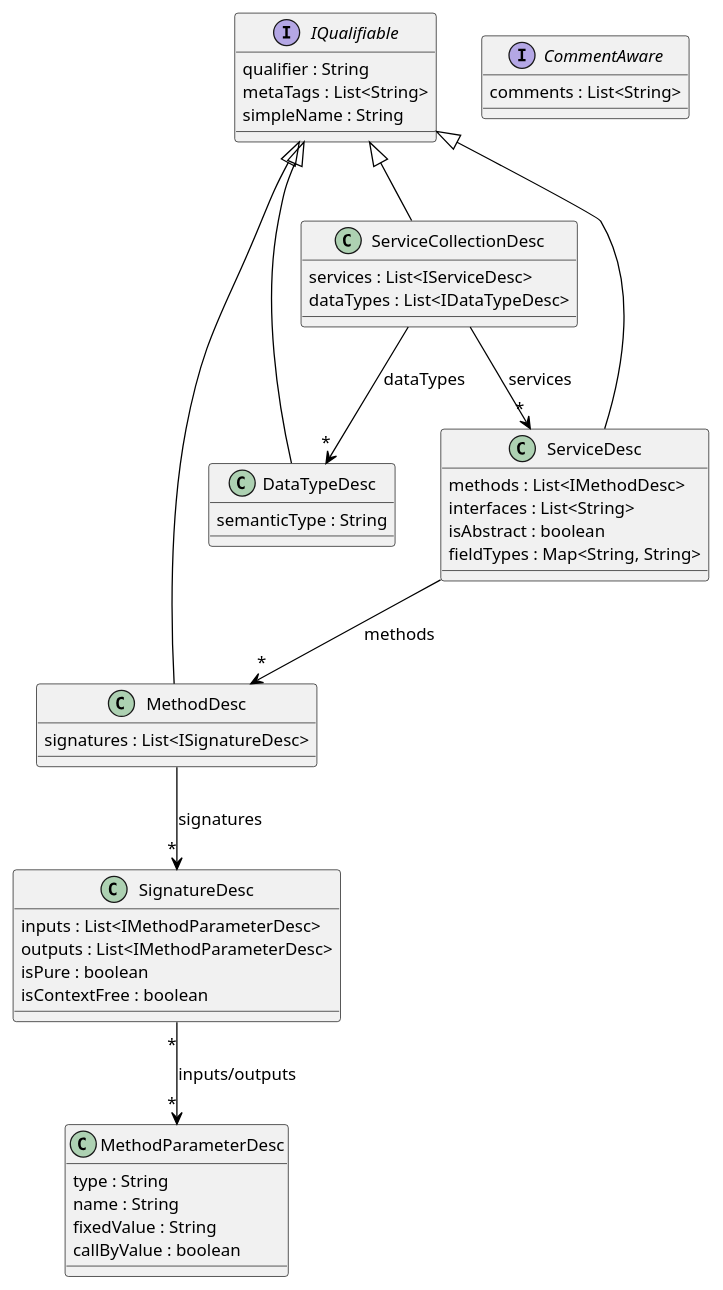
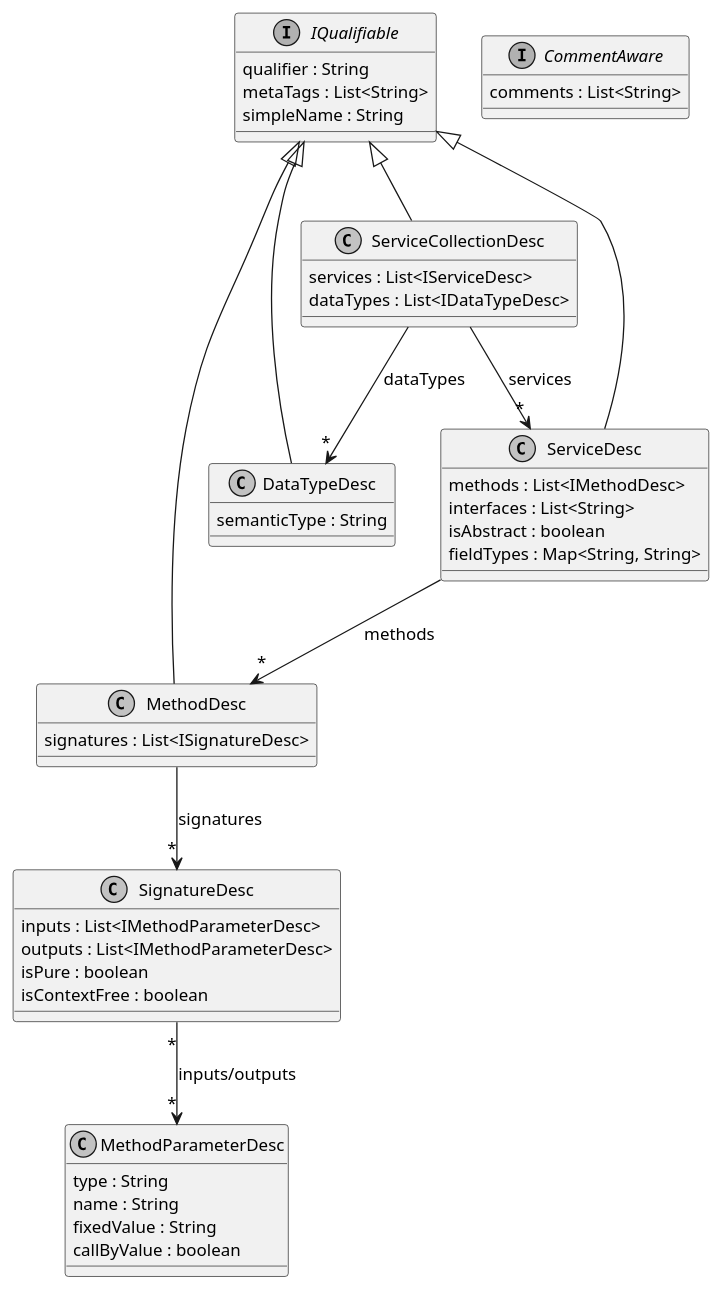
The diagram in SEDE.docs/base/src/docs/plantuml/service-descs-overview.plantuml (fmohr/SEDE), drawn with PlantUML before and after one commit. The commit also changed 8 other files, not shown here.

```diff
--- a/SEDE.docs/base/src/docs/plantuml/service-descs-overview.plantuml
+++ b/SEDE.docs/base/src/docs/plantuml/service-descs-overview.plantuml
@@ -1,72 +1,73 @@
 @startuml
 
 skinparam defaultFontName "Avenir"
 skinparam defaultFontSize 13
-skinparam classBorderColor black
-skinparam ArrowColor black
+skinparam backgroundColor transparent
+skinparam monochrome true
+'skinparam shadowing false
 
 interface "IQualifiable" {
   qualifier : String
   metaTags : List<String>
   simpleName : String
 }
 
 interface "CommentAware" {
   comments : List<String>
 }
 
 
 class "MethodDesc" {
   signatures : List<ISignatureDesc>
 }
 
 class "MethodParameterDesc" {
   type : String
   name : String
   fixedValue : String
   callByValue : boolean
 }
 
 class "ServiceCollectionDesc" {
   services : List<IServiceDesc>
   dataTypes : List<IDataTypeDesc>
 }
 
 class "ServiceDesc" {
   methods : List<IMethodDesc>
   interfaces : List<String>
   isAbstract : boolean
   fieldTypes : Map<String, String>
 
 }
 
 class "SignatureDesc" {
   inputs : List<IMethodParameterDesc>
   outputs : List<IMethodParameterDesc>
   isPure : boolean
   isContextFree : boolean
 
 }
 
 class "DataTypeDesc" {
   semanticType : String
 }
 
 '"CommentAware" <|-- "MethodDesc"
 '"CommentAware" <|-- "ServiceCollectionDesc"
 '"CommentAware" <|-- "ServiceDesc"
 '"CommentAware" <|-- "SignatureDesc"
 '"CommentAware" <|-- "DataTypeDesc"
 "IQualifiable" <|-- "MethodDesc"
 "IQualifiable" <|-- "ServiceCollectionDesc"
 "IQualifiable" <|-- "ServiceDesc"
 "IQualifiable" <|-- "DataTypeDesc"
 
 "MethodDesc" --> "*" "SignatureDesc" : signatures
 "ServiceCollectionDesc" --> "*" "DataTypeDesc" : dataTypes
 "ServiceCollectionDesc" --> "*" "ServiceDesc" : services
 "ServiceDesc" --> "*" "MethodDesc" : methods
 "SignatureDesc" "*" --> "*" "MethodParameterDesc" : inputs/outputs
 
 
 @enduml
```
